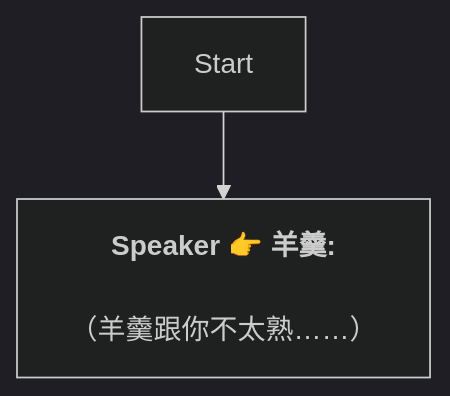
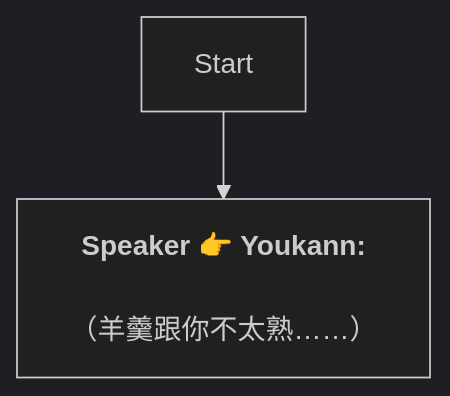
The diagram in Zh/Youkann.md (SoftHu/tos_avg), drawn with Mermaid (dark theme) before and after one commit. The commit also changed 737 other files, not shown here.

````diff
--- a/Zh/Youkann.md
+++ b/Zh/Youkann.md
@@ -1,7 +1,6 @@
 ```mermaid
 graph
-Start -->1741635430186216[<b>Speaker 👉 羊羹:</b>
+Start -->1741635430186216[<b>Speaker 👉 Youkann:</b>
+\n（羊羹跟你不太熟……）]
 
-（羊羹跟你不太熟……）]
-
- ```
+```
````
